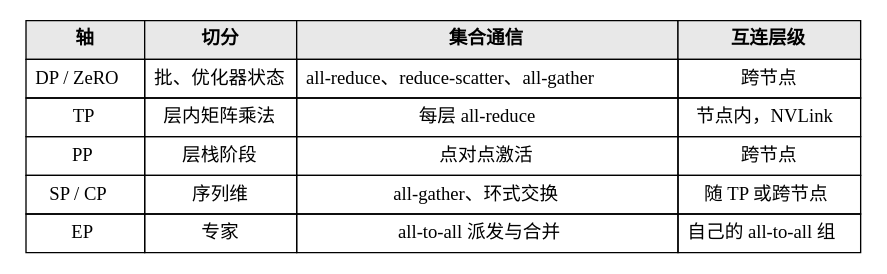
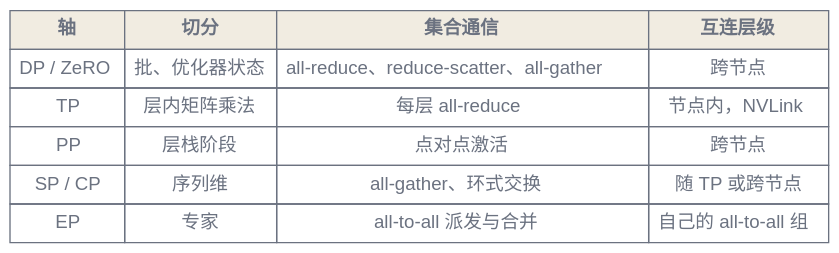
The second of 4 diagrams in zh/p1-foundations/08-training-at-scale.qmd (latere-ai/ai-as-an-infrastructure), drawn with Graphviz before and after one commit. The commit also changed other lines of this file and 186 other files, not shown here.

First line of the commit message:
book: visual audit pass on all diagrams and figures

````diff
--- a/zh/p1-foundations/08-training-at-scale.qmd
+++ b/zh/p1-foundations/08-training-at-scale.qmd
@@ -79,18 +80,19 @@
 ```{dot}
 //| label: fig-training-axes
 //| fig-cap: "四个并行轴外加专家并行，各自按它切分什么、运行哪种集合通信，以及用得起哪一层级的互连。"
 digraph axes {
+  bgcolor="transparent";
   rankdir=LR;
-  node [shape=plaintext];
+  node [shape=plaintext, fontname="Helvetica", fontcolor="#6b7280"];
   t [label=<
-    <table border="0" cellborder="1" cellspacing="0" cellpadding="6">
-      <tr><td bgcolor="#e8e8e8"><b>轴</b></td><td bgcolor="#e8e8e8"><b>切分</b></td><td bgcolor="#e8e8e8"><b>集合通信</b></td><td bgcolor="#e8e8e8"><b>互连层级</b></td></tr>
+    <table border="0" cellborder="1" cellspacing="0" cellpadding="6" color="#6b7280">
+      <tr><td bgcolor="#f1ece1"><b>轴</b></td><td bgcolor="#f1ece1"><b>切分</b></td><td bgcolor="#f1ece1"><b>集合通信</b></td><td bgcolor="#f1ece1"><b>互连层级</b></td></tr>
       <tr><td>DP / ZeRO</td><td>批、优化器状态</td><td>all-reduce、reduce-scatter、all-gather</td><td>跨节点</td></tr>
       <tr><td>TP</td><td>层内矩阵乘法</td><td>每层 all-reduce</td><td>节点内，NVLink</td></tr>
       <tr><td>PP</td><td>层栈阶段</td><td>点对点激活</td><td>跨节点</td></tr>
       <tr><td>SP / CP</td><td>序列维</td><td>all-gather、环式交换</td><td>随 TP 或跨节点</td></tr>
       <tr><td>EP</td><td>专家</td><td>all-to-all 派发与合并</td><td>自己的 all-to-all 组</td></tr>
     </table>
   >];
 }
 ```
````
